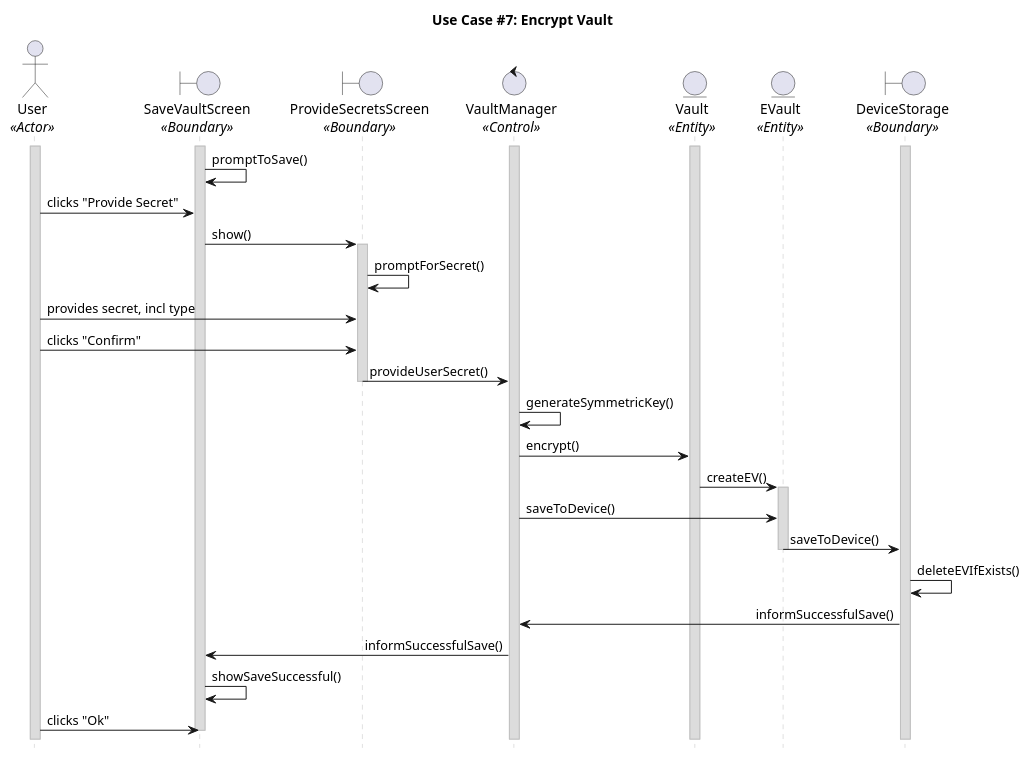
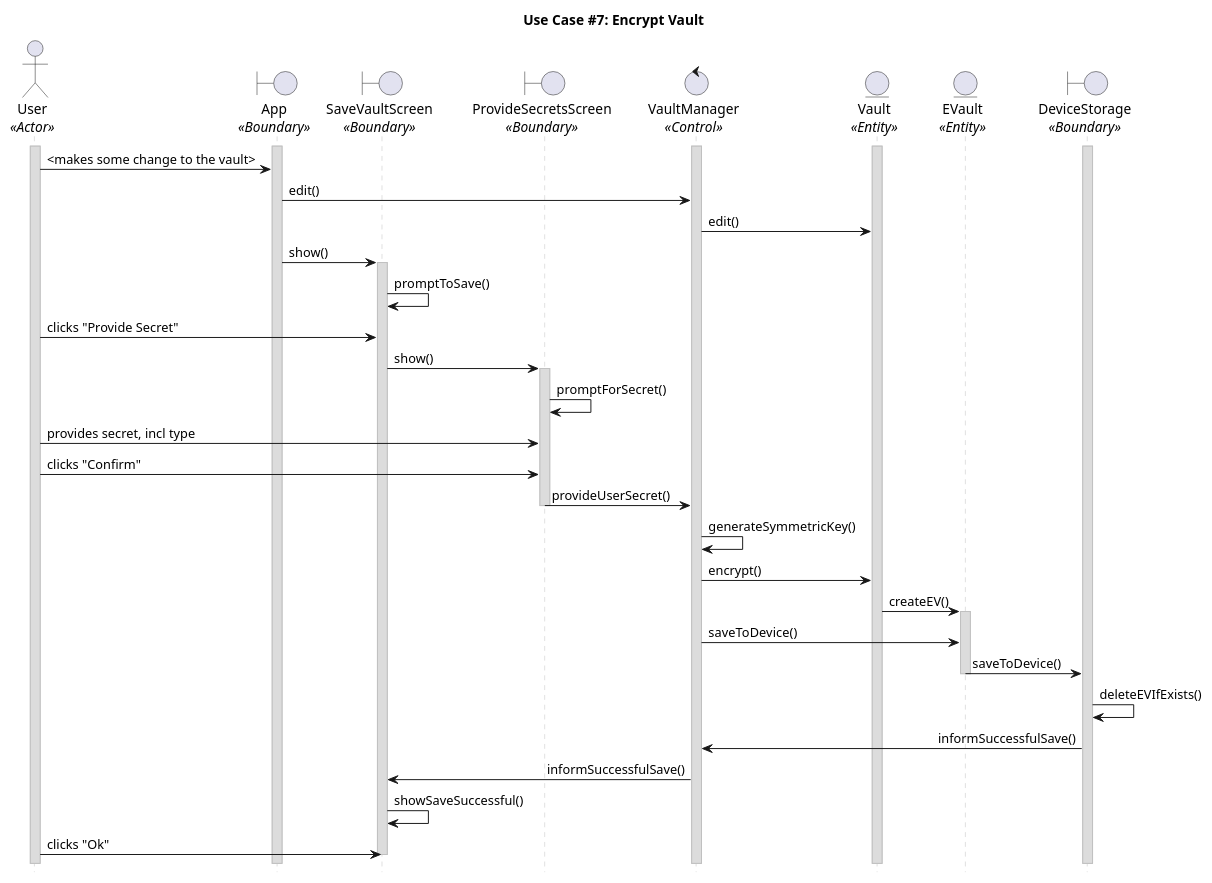
The diagram in uc_07.puml (CECS-491-SP24-Group-1/seq-diagrams), drawn with PlantUML before and after one commit.

Commit message:
Add some extras to uc7

```diff
--- a/uc_07.puml
+++ b/uc_07.puml
@@ -1,68 +1,75 @@
 @startuml uc07
 title "Use Case #7: Encrypt Vault"
 
 'Styling goes here
 hide footbox
 skinparam stereotypePosition bottom
 skinparam sequenceMessageAlign direction
 skinparam sequence {
 	LifeLineBorderColor #Silver
 	LifeLineBackgroundColor #Gainsboro
 }
 
 'Setup the objects involved here
 actor User as u <<Actor>>
+boundary App as a <<Boundary>>
 boundary SaveVaultScreen as svs <<Boundary>>
 boundary ProvideSecretsScreen as pss <<Boundary>>
 control VaultManager as vm <<Control>>
 entity Vault as v <<Entity>>
 entity EVault as ev <<Entity>>
 boundary DeviceStorage as ds <<Boundary>>
 
 'Setup persistent objects here
 activate u
+activate a
 activate vm
 activate ds
 activate v
 
 '--- FLOW OF CONTROL STARTS HERE ---
 'The user makes a change to the vault in some way.
+u -> a: <makes some change to the vault>
+a -> vm: edit()
+vm -> v: edit()
+
 'The user is prompted to provide a secret; can differ from the one previously provided.
+a -> svs: show()
 activate svs
 svs -> svs: promptToSave()
 u -> svs: clicks "Provide Secret"
 svs -> pss: show()
 activate pss
 pss -> pss: promptForSecret()
 
 'The user provides a secret to encrypt the vault with.
 u -> pss: provides secret, incl type
 u -> pss: clicks "Confirm"
 pss -> vm: provideUserSecret()
 deactivate pss
 
 'The device transforms the secret into an equivalent symmetric key.
 vm -> vm: generateSymmetricKey()
 
 'The symmetric key is used to encrypt the contents of the vault.
 vm -> v: encrypt()
 v -> ev: createEV()
 activate ev
 
 'The encrypted vault is saved to local device storage.
 vm -> ev: saveToDevice()
 ev -> ds: saveToDevice()
 deactivate ev
 
 'The old vault is deleted, if one already exists.
 ds -> ds: deleteEVIfExists()
 
 'Cleanup
 ds -> vm: informSuccessfulSave()
 vm -> svs: informSuccessfulSave()
 svs -> svs: showSaveSuccessful()
 u -> svs: clicks "Ok"
 deactivate svs
 '--- FLOW OF CONTROL ENDS HERE   ---
 
 @enduml
```
